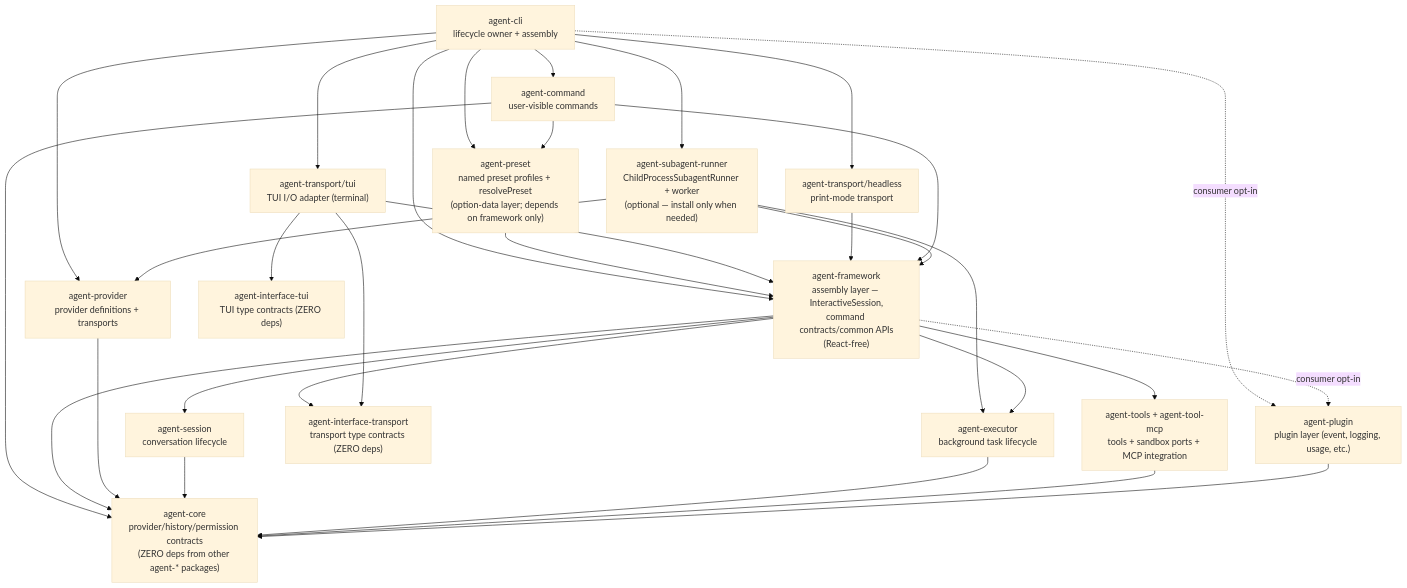
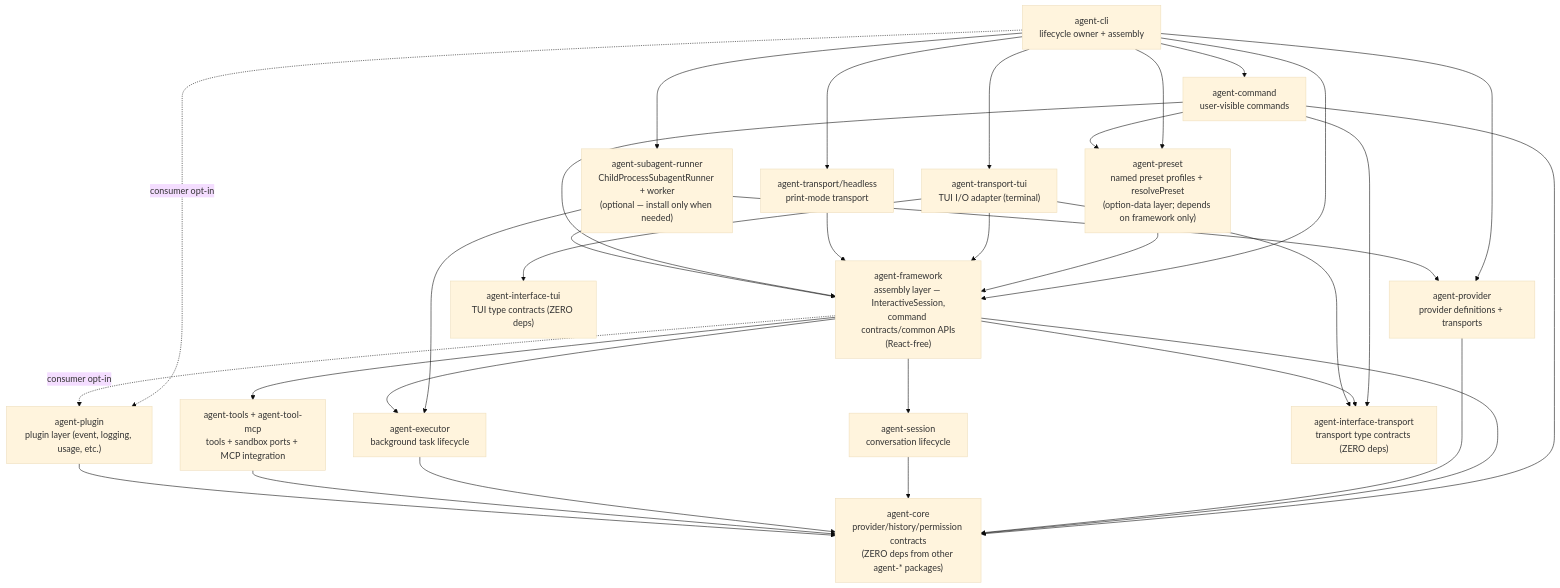
The first of 2 diagrams in .agents/specs/architecture-map/agent-system.md (woojubb/robota), drawn with Mermaid (base theme) before and after one commit. The commit also changed other lines of this file and 24 other files, not shown here.

First line of the commit message:
docs(audit): apply DOCAUDIT-001..004 — reconcile architecture docs with code

````diff
--- a/.agents/specs/architecture-map/agent-system.md
+++ b/.agents/specs/architecture-map/agent-system.md
@@ -9,49 +9,50 @@
 ```mermaid
 flowchart TD
   AgentCLI["agent-cli\nlifecycle owner + assembly"]
-  TuiTransport["agent-transport/tui\nTUI I/O adapter (terminal)"]
+  TuiTransport["agent-transport-tui\nTUI I/O adapter (terminal)"]
   Headless["agent-transport/headless\nprint-mode transport"]
   Commands["agent-command\nuser-visible commands"]
   Framework["agent-framework\nassembly layer — InteractiveSession,\ncommand contracts/common APIs\n(React-free)"]
   Preset["agent-preset\nnamed preset profiles + resolvePreset\n(option-data layer; depends on framework only)"]
   Sessions["agent-session\nconversation lifecycle"]
   Executor["agent-executor\nbackground task lifecycle"]
   Tools["agent-tools + agent-tool-mcp\ntools + sandbox ports + MCP integration"]
   Core["agent-core\nprovider/history/permission contracts\n(ZERO deps from other agent-* packages)"]
   Providers["agent-provider\nprovider definitions + transports"]
   SubagentRunner["agent-subagent-runner\nChildProcessSubagentRunner + worker\n(optional — install only when needed)"]
   Plugins["agent-plugin\nplugin layer (event, logging, usage, etc.)"]
   IfaceTransport["agent-interface-transport\ntransport type contracts (ZERO deps)"]
   IfaceTui["agent-interface-tui\nTUI type contracts (ZERO deps)"]
 
   AgentCLI --> TuiTransport
   AgentCLI --> Framework
   AgentCLI --> Commands
   AgentCLI --> Providers
   AgentCLI --> Headless
   AgentCLI --> SubagentRunner
   AgentCLI --> Preset
   Commands --> Preset
   Preset --> Framework
   TuiTransport --> Framework
   AgentCLI -. "consumer opt-in" .-> Plugins
   Headless --> Framework
   Commands --> Framework
   Commands --> Core
+  Commands --> IfaceTransport
   SubagentRunner --> Framework
   SubagentRunner --> Executor
   SubagentRunner --> Providers
   Framework --> Sessions
   Framework --> Executor
   Framework --> Tools
   Framework --> Core
   Framework -. "consumer opt-in" .-> Plugins
   Providers --> Core
   Sessions --> Core
   Executor --> Core
   Tools --> Core
   Plugins --> Core
   Framework --> IfaceTransport
   TuiTransport --> IfaceTransport
   TuiTransport --> IfaceTui
 ```
````
